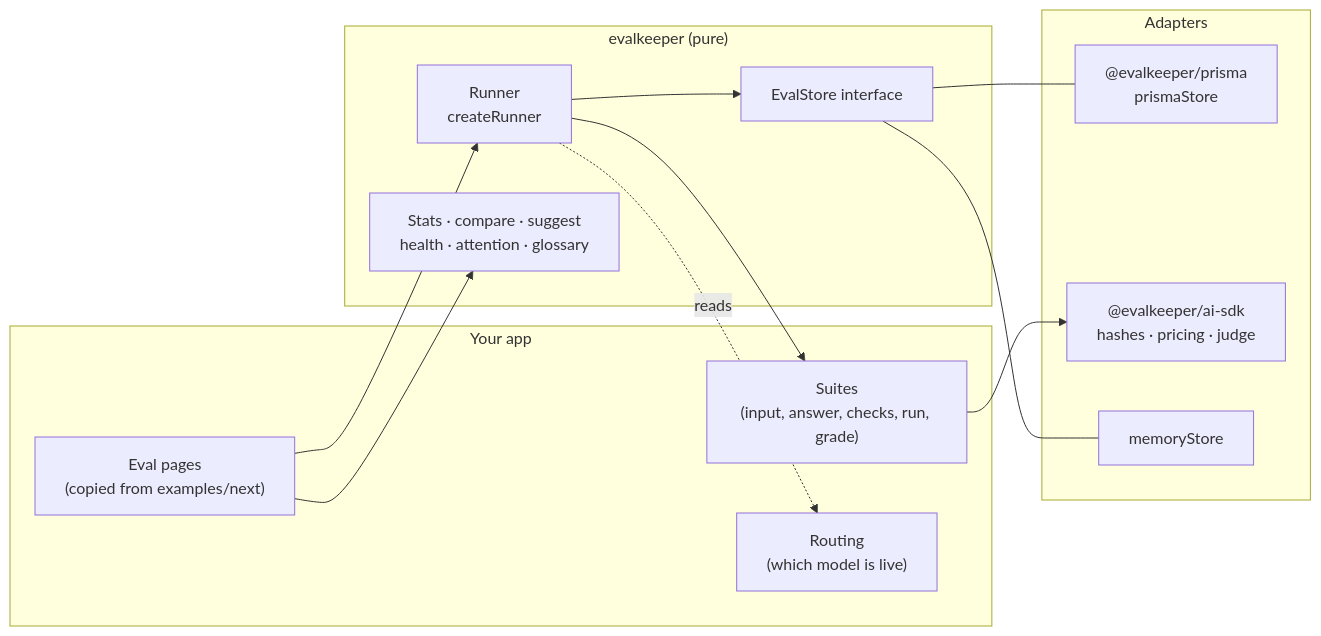
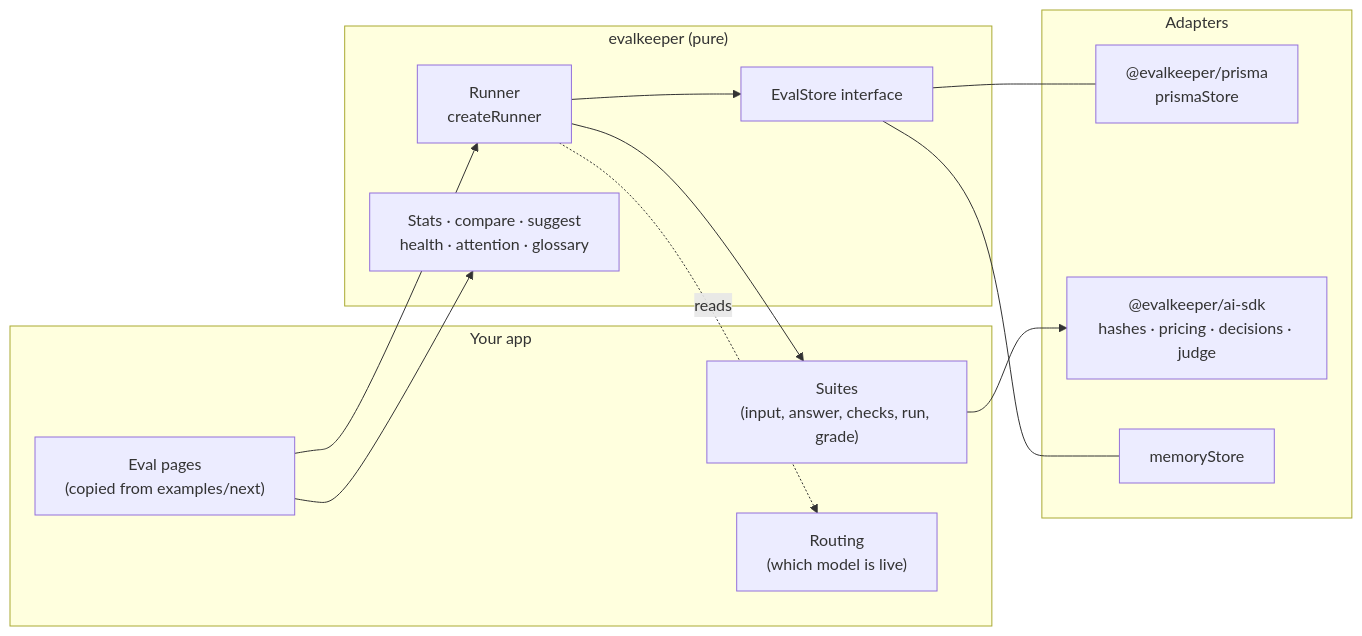
One commit to seanhudson/evalkeeper changed the diagram in docs/architecture.md. Above: the diagram before and after it, drawn with Mermaid. The commit also changed other lines of this file and 55 other files, not shown here.

````diff
--- a/docs/architecture.md
+++ b/docs/architecture.md
@@ -8,26 +8,26 @@
 ```mermaid
 flowchart LR
   subgraph app["Your app"]
     suites["Suites<br/>(input, answer, checks, run, grade)"]
     pages["Eval pages<br/>(copied from examples/next)"]
     routing["Routing<br/>(which model is live)"]
   end
   subgraph core["evalkeeper (pure)"]
     runner["Runner<br/>createRunner"]
     logic["Stats · compare · suggest<br/>health · attention · glossary"]
     store_if["EvalStore interface"]
   end
   subgraph adapters["Adapters"]
     prisma["@evalkeeper/prisma<br/>prismaStore"]
-    aisdk["@evalkeeper/ai-sdk<br/>hashes · pricing · judge"]
+    aisdk["@evalkeeper/ai-sdk<br/>hashes · pricing · decisions · judge"]
     memory["memoryStore"]
   end
   pages --> runner
   pages --> logic
   runner --> suites
   runner --> store_if
   runner -. reads .-> routing
   store_if --- prisma
   store_if --- memory
   suites --> aisdk
 ```
````
